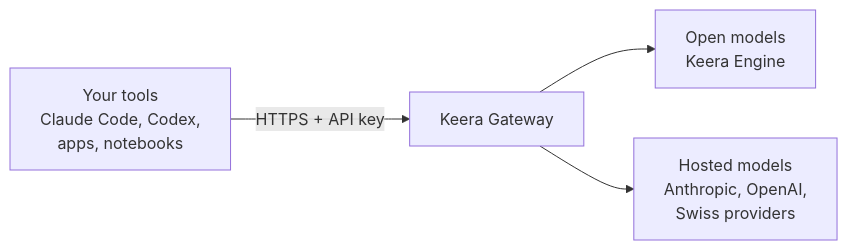
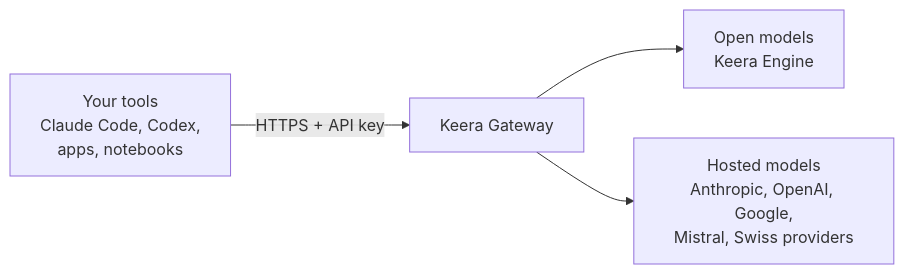
The diagram in docs/get-started/index.md (bespinian/keera-docs), drawn with Mermaid before and after one commit. The commit also changed 30 other files, not shown here.

````diff
--- a/docs/get-started/index.md
+++ b/docs/get-started/index.md
@@ -7,6 +7,6 @@
 ```mermaid
 flowchart LR
   tools["Your tools<br>Claude Code, Codex,<br>apps, notebooks"] -->|HTTPS + API key| gw
   gw["Keera Gateway"] --> local["Open models<br>Keera Engine"]
-  gw --> hosted["Hosted models<br>Anthropic, OpenAI,<br>Swiss providers"]
+  gw --> hosted["Hosted models<br>Anthropic, OpenAI, Google,<br>Mistral, Swiss providers"]
 ```
````
